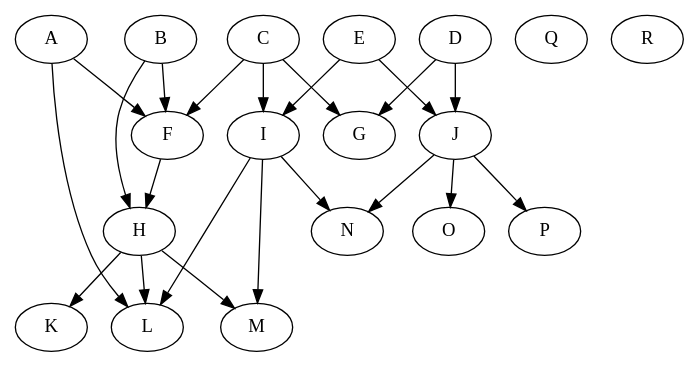
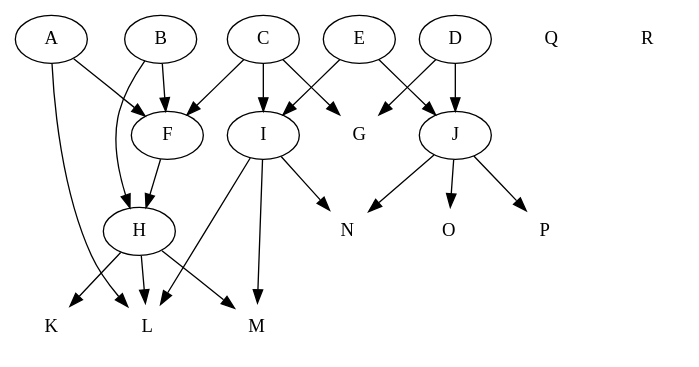
The diagram in BARSELA.dot (novisraeli/GPUP1), drawn with Graphviz before and after one commit. The commit also changed 10 other files, not shown here.

```diff
--- a/BARSELA.dot
+++ b/BARSELA.dot
@@ -1,32 +1,32 @@
 digraph G {
 A -> F;
 A -> L;
 B -> F;
 B -> H;
 C -> F;
 C -> G;
 C -> I;
 D -> G;
 D -> J;
 E -> I;
 E -> J;
 F -> H;
 G;
 H -> K;
 H -> L;
 H -> M;
 I -> L;
 I -> M;
 I -> N;
 J -> P;
 J -> N;
 J -> O;
 K;
 L;
 M;
 N;
 O;
 P;
 Q;
 R;
-}
+Q[color= "green:red;0.25:blue" ]R[color= "green:red;0.25:blue" ]G[color= "green:red;0.25:blue" ]P[color= "green:red;0.25:blue" ]Q[color= "green:red;0.25:blue" ]N[color= "green:red;0.25:blue" ]O[color= "green:red;0.25:blue" ]R[color= "green:red;0.25:blue" ]K[color= "green:red;0.25:blue" ]L[color= "green:red;0.25:blue" ]M[color= "green:red;0.25:blue" ]}
```
